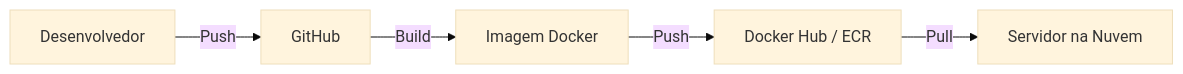
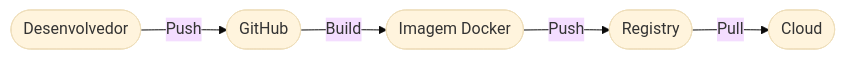
The diagram in docs/aulas/aula-11.md (ricardotecpro/ads_mod_13_devops_e_cloud), drawn with Mermaid (base theme) before and after one commit. The commit also changed other lines of this file and 66 other files, not shown here.

````diff
--- a/docs/aulas/aula-11.md
+++ b/docs/aulas/aula-11.md
@@ -18,7 +18,7 @@
 ```mermaid
 graph LR
-    Dev[Desenvolvedor] -->|Push| Repo[GitHub]
-    Repo -->|Build| Image[Imagem Docker]
-    Image -->|Push| Registry[Docker Hub / ECR]
-    Registry -->|Pull| Cloud[Servidor na Nuvem]
+    Dev(["Desenvolvedor"]) -->|Push| Repo(["GitHub"])
+    Repo -->|Build| Image(["Imagem Docker"])
+    Image -->|Push| Registry(["Registry"])
+    Registry -->|Pull| Cloud(["Cloud"])
 ```
````
